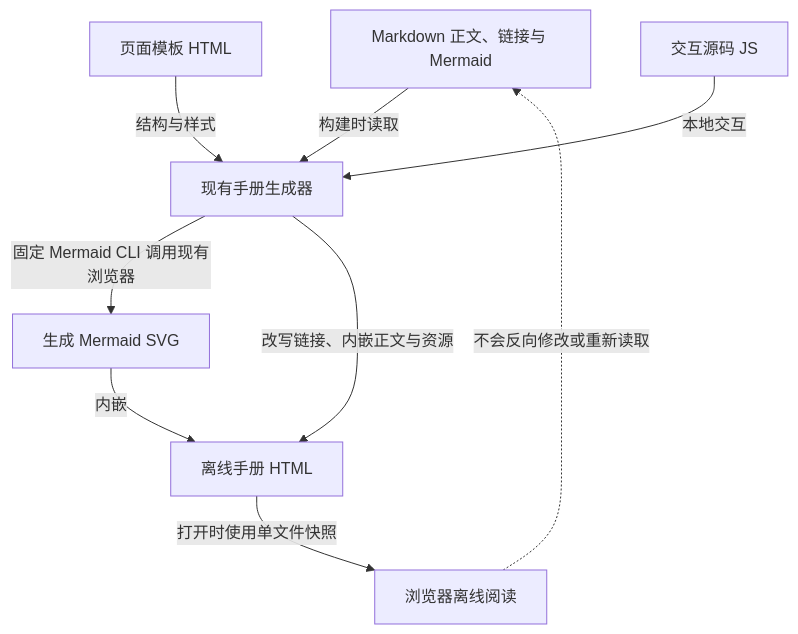
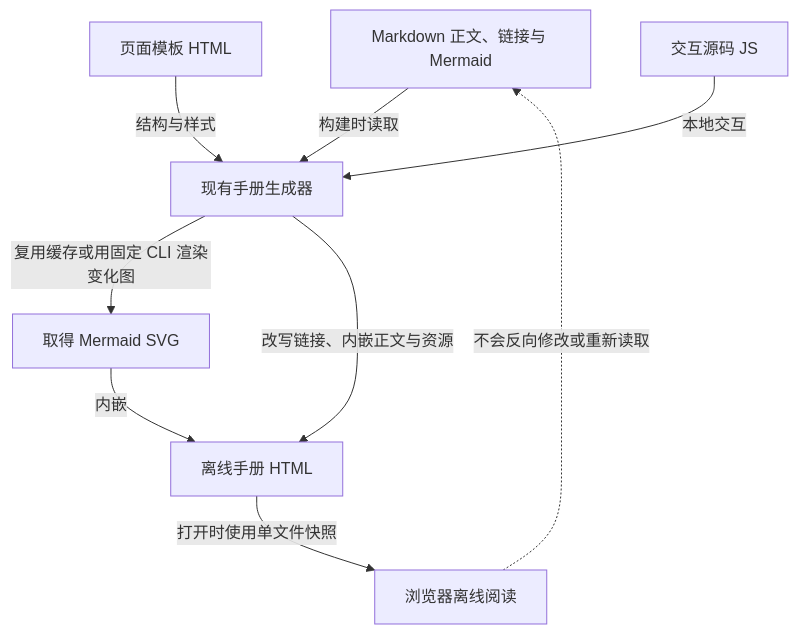
Before and after one commit to yxy823/Game_idle_yaya_frame: the diagram in framework/docs/blank-project/maintenance/updating-the-blank-project.md, drawn with Mermaid. The commit also changed other lines of this file and 6 other files, not shown here.

First line of the commit message:
perf(handbook): 默认缓存图表并只渲染变化内容

````diff
--- a/framework/docs/blank-project/maintenance/updating-the-blank-project.md
+++ b/framework/docs/blank-project/maintenance/updating-the-blank-project.md
@@ -113,11 +113,11 @@
 ```mermaid
 flowchart TD
     M[Markdown 正文、链接与 Mermaid] -->|构建时读取| B[现有手册生成器]
     T[页面模板 HTML] -->|结构与样式| B
     J[交互源码 JS] -->|本地交互| B
-    B -->|固定 Mermaid CLI 调用现有浏览器| S[生成 Mermaid SVG]
+    B -->|复用缓存或用固定 CLI 渲染变化图| S[取得 Mermaid SVG]
     S -->|内嵌| H[离线手册 HTML]
     B -->|改写链接、内嵌正文与资源| H
     H -->|打开时使用单文件快照| U[浏览器离线阅读]
     U -.->|不会反向修改或重新读取| M
 ```
````
